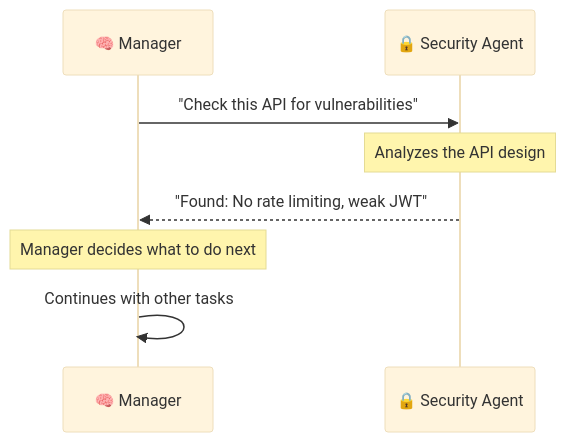
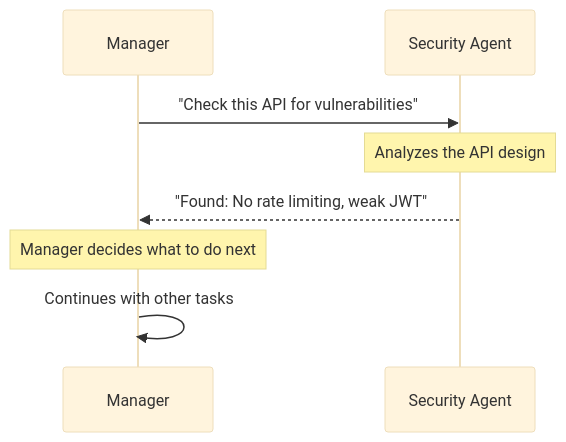
Before and after one commit to Sujalkathait/-AI-Agent-Security-Playbook.: the eighth of 53 diagrams in AI Agent Communication.md, drawn with Mermaid (base theme). The commit also changed other lines of this file and 2 other files, not shown here.

````diff
--- a/AI Agent Communication.md
+++ b/AI Agent Communication.md
@@ -255,11 +255,11 @@
 ```mermaid
 sequenceDiagram
-    participant Manager as 🧠 Manager
-    participant Security as 🔒 Security Agent
+  participant Manager as Manager
+  participant Security as Security Agent
 
-    Manager->>Security: "Check this API for vulnerabilities"
-    Note over Security: Analyzes the API design
-    Security-->>Manager: "Found: No rate limiting, weak JWT"
-    Note over Manager: Manager decides what to do next
-    Manager->>Manager: Continues with other tasks
+  Manager->>Security: "Check this API for vulnerabilities"
+  Note over Security: Analyzes the API design
+  Security-->>Manager: "Found: No rate limiting, weak JWT"
+  Note over Manager: Manager decides what to do next
+  Manager->>Manager: Continues with other tasks
 ```
````
